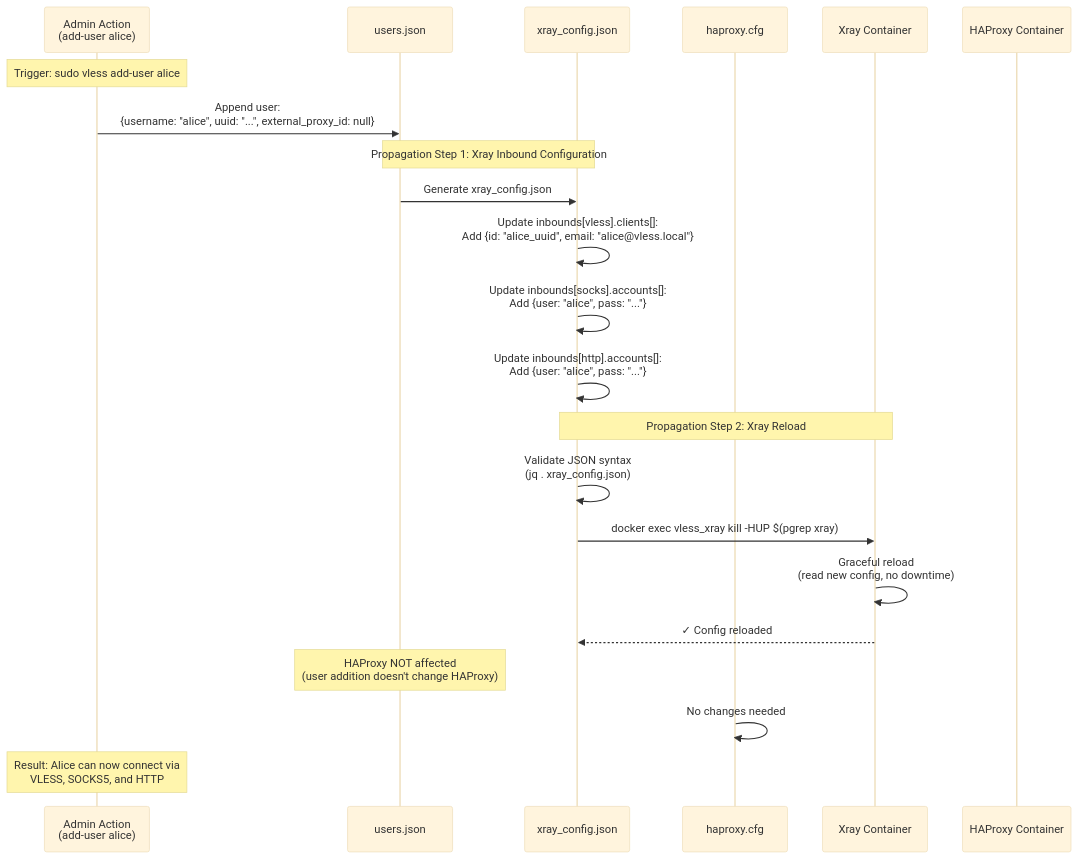
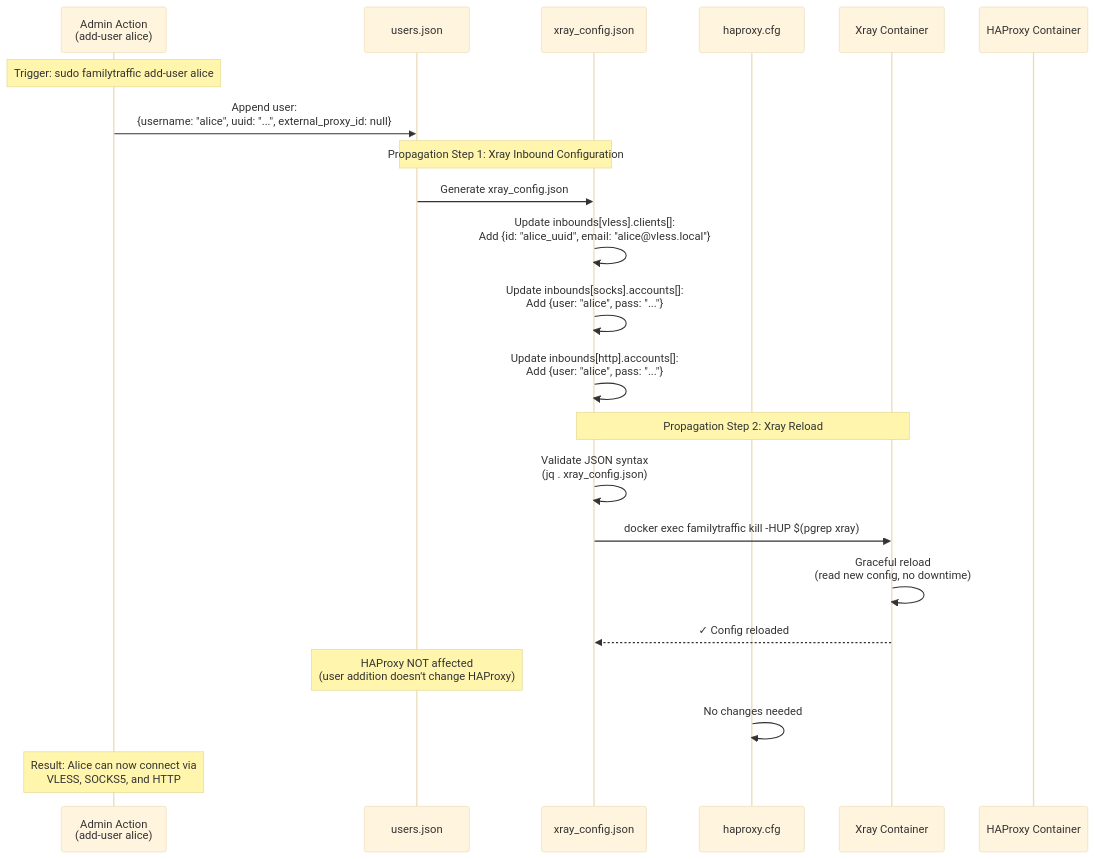
The first of 8 diagrams in docs/architecture/diagrams/sequences/config-update.md (ikeniborn/vless), drawn with Mermaid (base theme) before and after one commit. The commit also changed other lines of this file and 66 other files, not shown here.

First line of the commit message:
refactor(rename): replace old project name 'vless' with 'familytraffic'

````diff
--- a/docs/architecture/diagrams/sequences/config-update.md
+++ b/docs/architecture/diagrams/sequences/config-update.md
@@ -19,33 +19,33 @@
 ```mermaid
 sequenceDiagram
     participant UserAction as Admin Action<br/>(add-user alice)
     participant UsersDB as users.json
     participant XrayConfig as xray_config.json
     participant HAProxyConfig as haproxy.cfg
     participant Xray as Xray Container
     participant HAProxy as HAProxy Container
 
-    Note over UserAction: Trigger: sudo vless add-user alice
+    Note over UserAction: Trigger: sudo familytraffic add-user alice
 
     UserAction->>UsersDB: Append user:<br/>{username: "alice", uuid: "...", external_proxy_id: null}
 
     Note over UsersDB,XrayConfig: Propagation Step 1: Xray Inbound Configuration
 
     UsersDB->>XrayConfig: Generate xray_config.json
     XrayConfig->>XrayConfig: Update inbounds[vless].clients[]:<br/>Add {id: "alice_uuid", email: "alice@vless.local"}
     XrayConfig->>XrayConfig: Update inbounds[socks].accounts[]:<br/>Add {user: "alice", pass: "..."}
     XrayConfig->>XrayConfig: Update inbounds[http].accounts[]:<br/>Add {user: "alice", pass: "..."}
 
     Note over XrayConfig,Xray: Propagation Step 2: Xray Reload
 
     XrayConfig->>XrayConfig: Validate JSON syntax<br/>(jq . xray_config.json)
-    XrayConfig->>Xray: docker exec vless_xray kill -HUP $(pgrep xray)
+    XrayConfig->>Xray: docker exec familytraffic kill -HUP $(pgrep xray)
     Xray->>Xray: Graceful reload<br/>(read new config, no downtime)
     Xray-->>XrayConfig: ✓ Config reloaded
 
     Note over UsersDB: HAProxy NOT affected<br/>(user addition doesn't change HAProxy)
 
     HAProxyConfig->>HAProxyConfig: No changes needed
 
     Note over UserAction: Result: Alice can now connect via<br/>VLESS, SOCKS5, and HTTP
 ```
````
